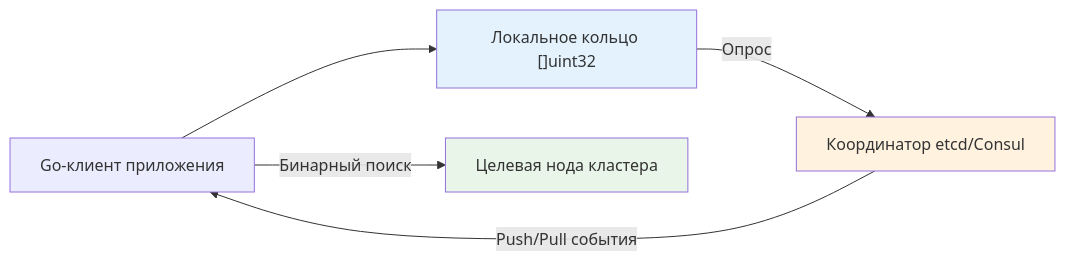
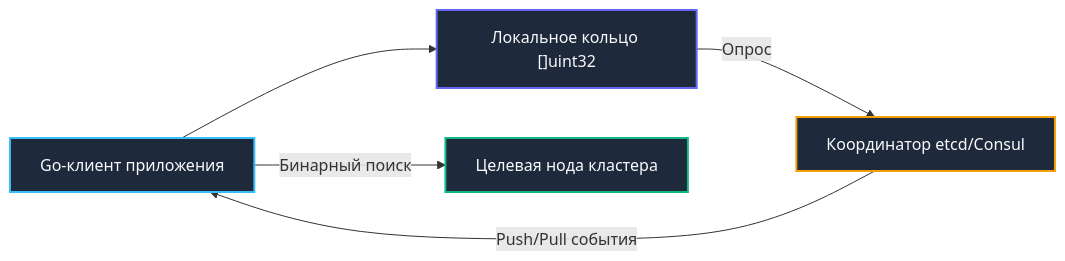
Before and after one commit to UnrealTemplier/go-textbook: the second of 2 diagrams in sources/20. Алгоритмы и структуры данных (DSA) на Go/14. Практические паттерны/3. Consistent hashing.md, drawn with Mermaid. The commit also changed other lines of this file, not shown here.

````diff
--- a/sources/20. Алгоритмы и структуры данных (DSA) на Go/14. Практические паттерны/3. Consistent hashing.md
+++ b/sources/20. Алгоритмы и структуры данных (DSA) на Go/14. Практические паттерны/3. Consistent hashing.md
@@ -180,11 +202,12 @@
 ```mermaid
 flowchart LR
     Client["Go-клиент приложения"] --> Ring["Локальное кольцо []uint32"]
     Ring -->|Опрос| Coord["Координатор etcd/Consul"]
     Coord -->|Push/Pull события| Client
     Client -->|Бинарный поиск| Target["Целевая нода кластера"]
     
-    style Ring fill:#e3f2fd
-    style Coord fill:#fff3e0
-    style Target fill:#e8f5e8
+    style Client fill:#1e293b,stroke:#38bdf8,stroke-width:2px,color:#f8fafc
+    style Ring fill:#1e293b,stroke:#6366f1,stroke-width:2px,color:#f8fafc
+    style Coord fill:#1e293b,stroke:#f59e0b,stroke-width:2px,color:#f8fafc
+    style Target fill:#1e293b,stroke:#10b981,stroke-width:2px,color:#f8fafc
 ```
````
